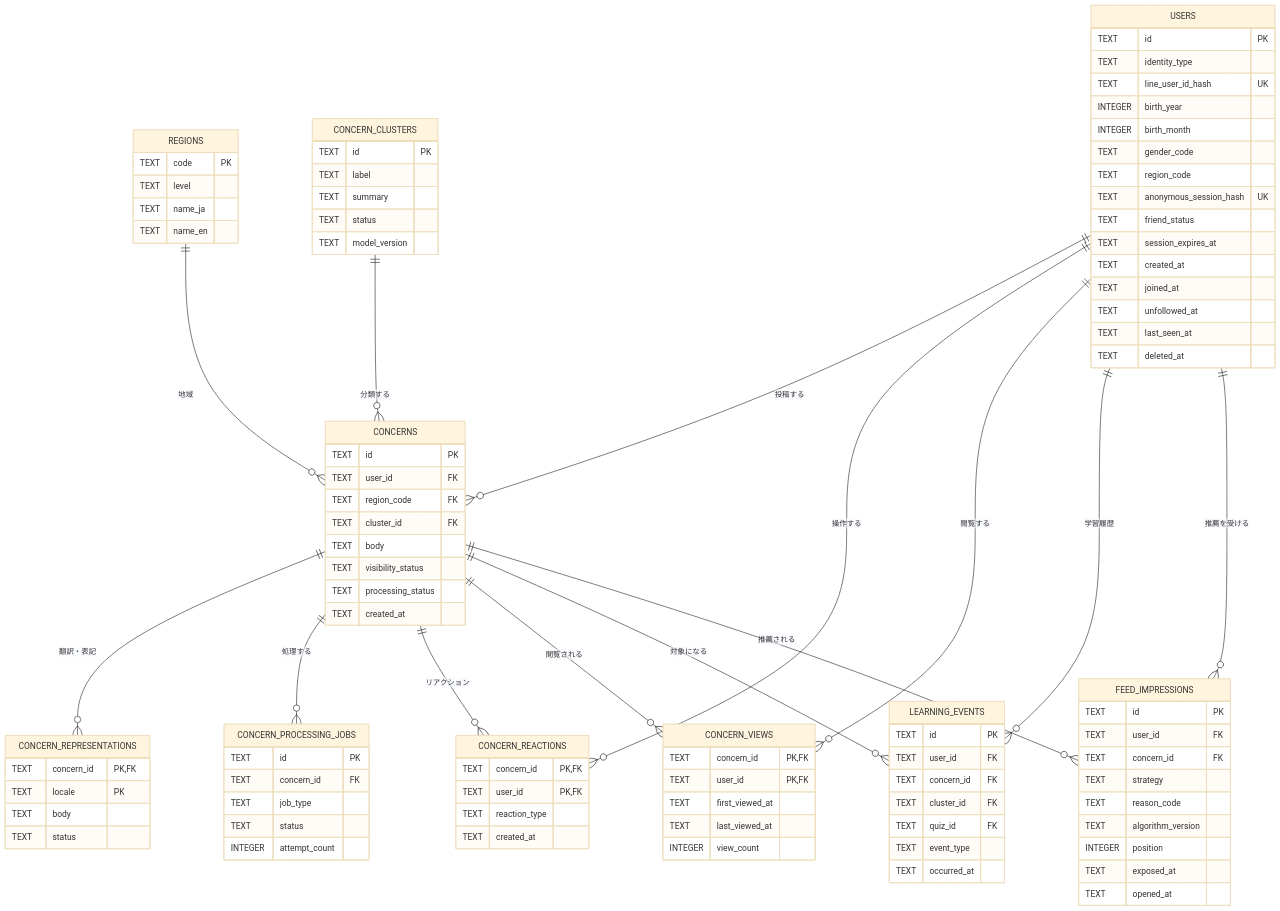
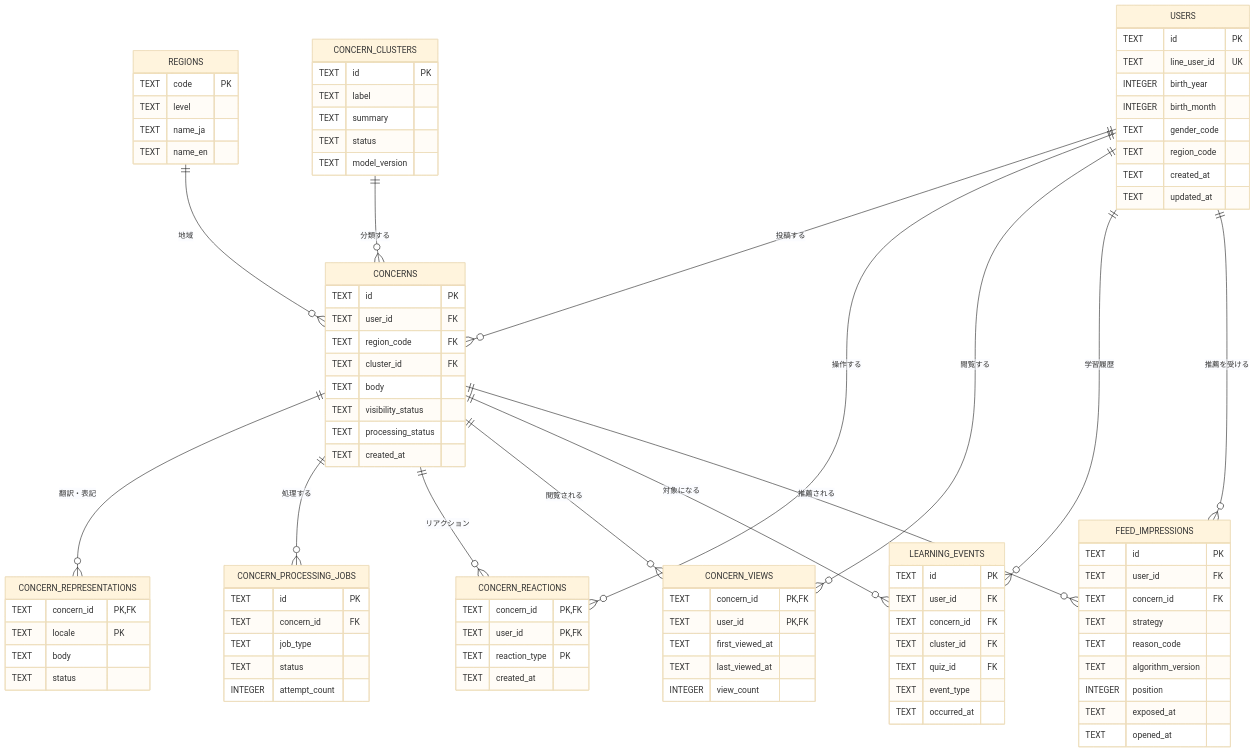
The first of 3 diagrams in docs/technical/database.md (Digix00/58-Hackathon-202609), drawn with Mermaid (base theme) before and after one commit. The commit also changed other lines of this file and 21 other files, not shown here.

```diff
--- a/docs/technical/database.md
+++ b/docs/technical/database.md
@@ -75,20 +75,13 @@
 
   USERS {
     TEXT id PK
-    TEXT identity_type
-    TEXT line_user_id_hash UK
+    TEXT line_user_id UK
     INTEGER birth_year
     INTEGER birth_month
     TEXT gender_code
     TEXT region_code
-    TEXT anonymous_session_hash UK
-    TEXT friend_status
-    TEXT session_expires_at
     TEXT created_at
-    TEXT joined_at
-    TEXT unfollowed_at
-    TEXT last_seen_at
-    TEXT deleted_at
+    TEXT updated_at
   }
 
   REGIONS {
@@ -135,7 +128,7 @@
   CONCERN_REACTIONS {
     TEXT concern_id PK, FK
     TEXT user_id PK, FK
-    TEXT reaction_type
+    TEXT reaction_type PK
     TEXT created_at
   }
 
```
